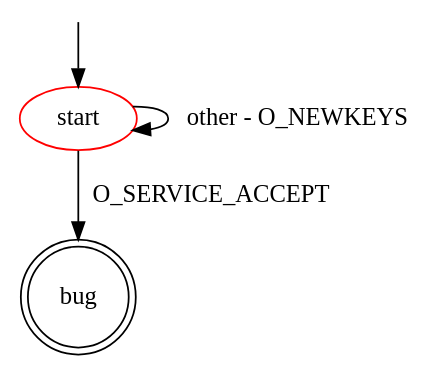
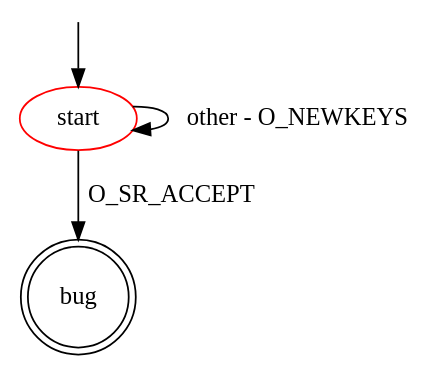
One commit to assist-project/state-machine-bug-finder changed the diagram in src/main/resources/patterns/ssh/early_service_accept.dot. Above: the diagram before and after it, drawn with Graphviz. The commit also changed 10 other files, not shown here.

```diff
--- a/src/main/resources/patterns/ssh/early_service_accept.dot
+++ b/src/main/resources/patterns/ssh/early_service_accept.dot
@@ -1,11 +1,11 @@
 digraph G {
 label=""
 start [color="red"]
 bug [shape="doublecircle"]
 
-start -> bug [label="O_SERVICE_ACCEPT"]
+start -> bug [label="O_SR_ACCEPT"]
 start -> start [label="other - O_NEWKEYS"]
 
 __start0 [label="" shape="none" width="0" height="0"];
 __start0 -> start;
 }
```
